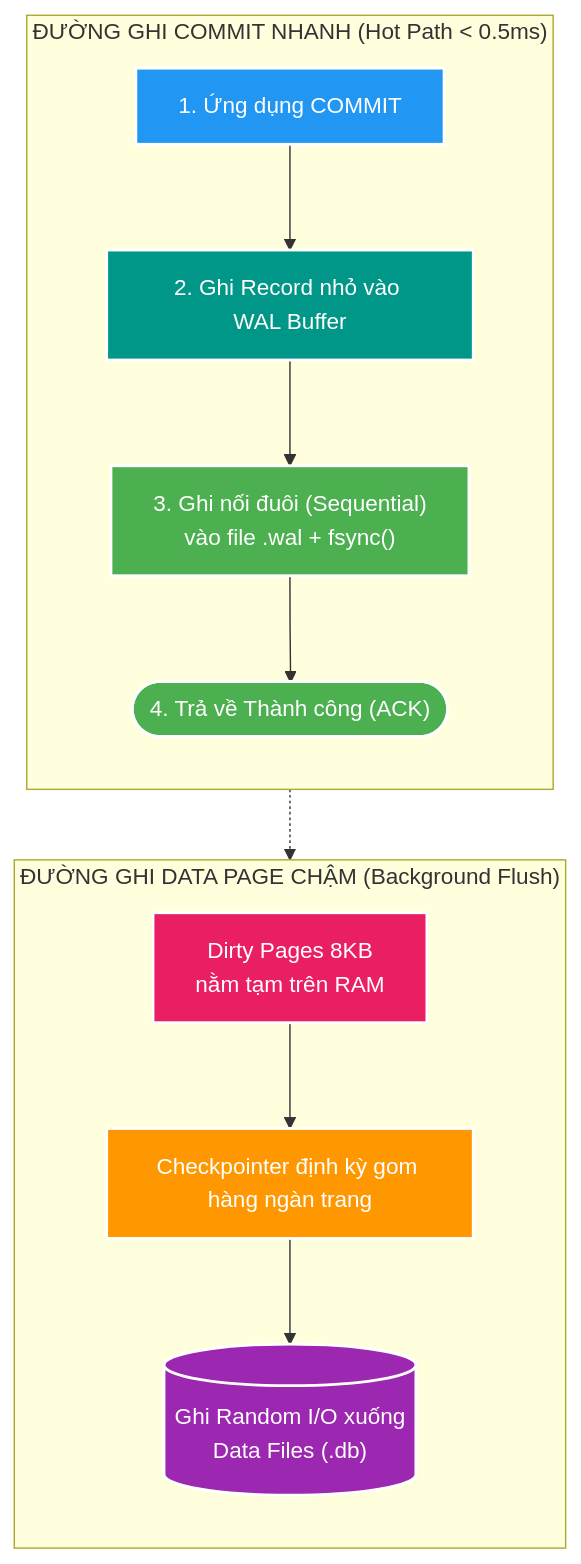
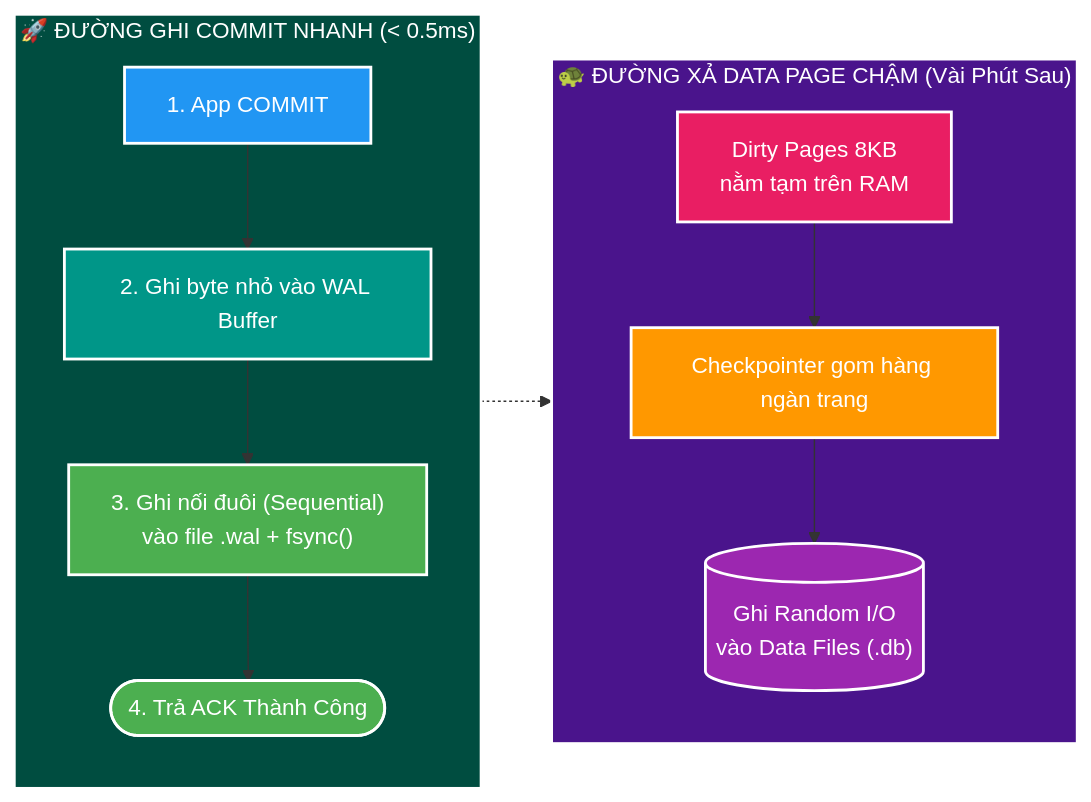
Before and after one commit to HungPhan200591/file-mngt-be-v2: the fifth of 10 diagrams in manual/learning/deep-dive/database-internals/00-postgresql-engine-mental-model-and-optimization-playbook.md, drawn with Mermaid. The commit also changed other lines of this file, not shown here.

Commit message:
feat(docs): enhance PostgreSQL engine optimization playbook with detailed diagrams and explanations

````diff
--- a/manual/learning/deep-dive/database-internals/00-postgresql-engine-mental-model-and-optimization-playbook.md
+++ b/manual/learning/deep-dive/database-internals/00-postgresql-engine-mental-model-and-optimization-playbook.md
@@ -170,25 +182,26 @@
 ```mermaid
-flowchart TD
-    subgraph COMMIT_PATH["ĐƯỜNG GHI COMMIT NHANH (Hot Path &lt; 0.5ms)"]
+flowchart LR
+    subgraph HOT_PATH["🚀 ĐƯỜNG GHI COMMIT NHANH (< 0.5ms)"]
         direction TB
-        TX_COMMIT["1. Ứng dụng COMMIT"] --> WAL_BUF["2. Ghi Record nhỏ vào WAL Buffer"]
+        TX["1. App COMMIT"] --> WAL_BUF["2. Ghi byte nhỏ vào WAL Buffer"]
         WAL_BUF --> WAL_FSYNC["3. Ghi nối đuôi (Sequential)<br/>vào file .wal + fsync()"]
-        WAL_FSYNC --> ACK(["4. Trả về Thành công (ACK)"])
+        WAL_FSYNC --> ACK(["4. Trả ACK Thành Công"])
     end
 
-    subgraph FLUSH_PATH["ĐƯỜNG GHI DATA PAGE CHẬM (Background Flush)"]
+    subgraph SLOW_PATH["🐢 ĐƯỜNG XẢ DATA PAGE CHẬM (Vài Phút Sau)"]
         direction TB
-        DIRTY_P["Dirty Pages 8KB<br/>nằm tạm trên RAM"] --> CHK_THREAD["Checkpointer định kỳ gom hàng ngàn trang"]
-        CHK_THREAD --> DISK_FLUSH[("Ghi Random I/O xuống<br/>Data Files (.db)")]
+        DIRTY["Dirty Pages 8KB<br/>nằm tạm trên RAM"] --> CHK["Checkpointer gom hàng ngàn trang"]
+        CHK --> FLUSH[("Ghi Random I/O<br/>vào Data Files (.db)")]
     end
 
-    TX_COMMIT -.-> DIRTY_P
-
-    style TX_COMMIT fill:#2196F3,stroke:#fff,stroke-width:2px,color:#fff
+    TX -.-> DIRTY
+    style HOT_PATH fill:#004D40,stroke:#fff,stroke-width:2px,color:#fff
+    style TX fill:#2196F3,stroke:#fff,stroke-width:2px,color:#fff
     style WAL_BUF fill:#009688,stroke:#fff,stroke-width:2px,color:#fff
     style WAL_FSYNC fill:#4CAF50,stroke:#fff,stroke-width:2px,color:#fff
     style ACK fill:#4CAF50,stroke:#fff,stroke-width:2px,color:#fff
-    style DIRTY_P fill:#E91E63,stroke:#fff,stroke-width:2px,color:#fff
-    style CHK_THREAD fill:#FF9800,stroke:#fff,stroke-width:2px,color:#fff
-    style DISK_FLUSH fill:#9C27B0,stroke:#fff,stroke-width:2px,color:#fff
+    style SLOW_PATH fill:#4A148C,stroke:#fff,stroke-width:2px,color:#fff
+    style DIRTY fill:#E91E63,stroke:#fff,stroke-width:2px,color:#fff
+    style CHK fill:#FF9800,stroke:#fff,stroke-width:2px,color:#fff
+    style FLUSH fill:#9C27B0,stroke:#fff,stroke-width:2px,color:#fff
 ```
````
